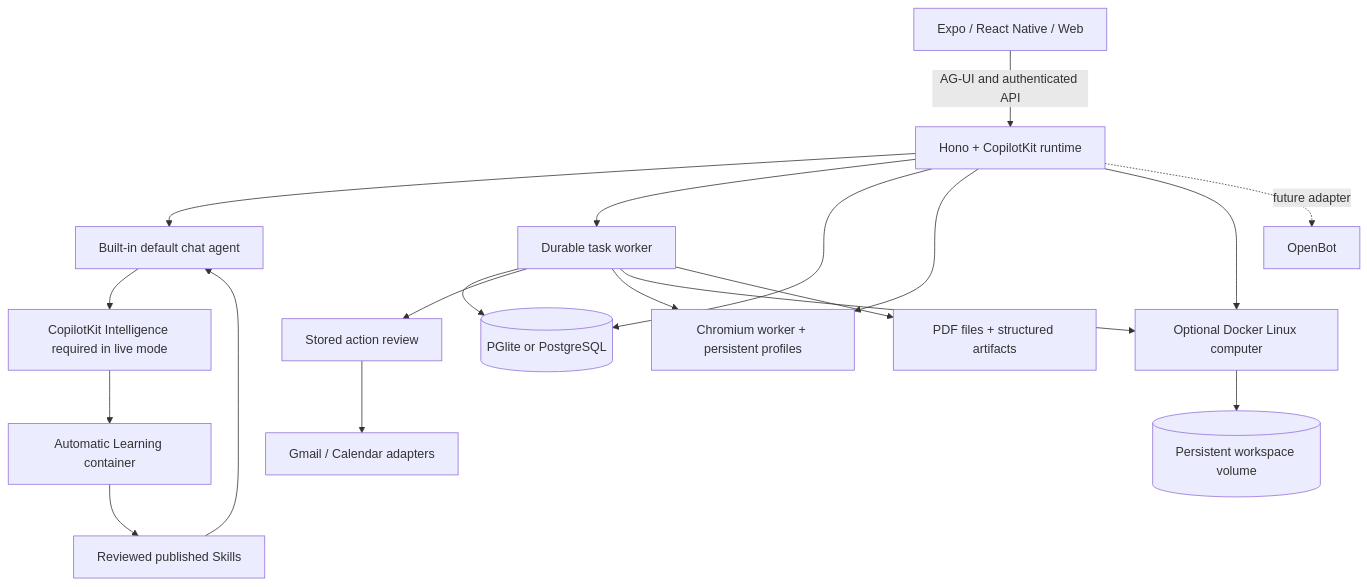
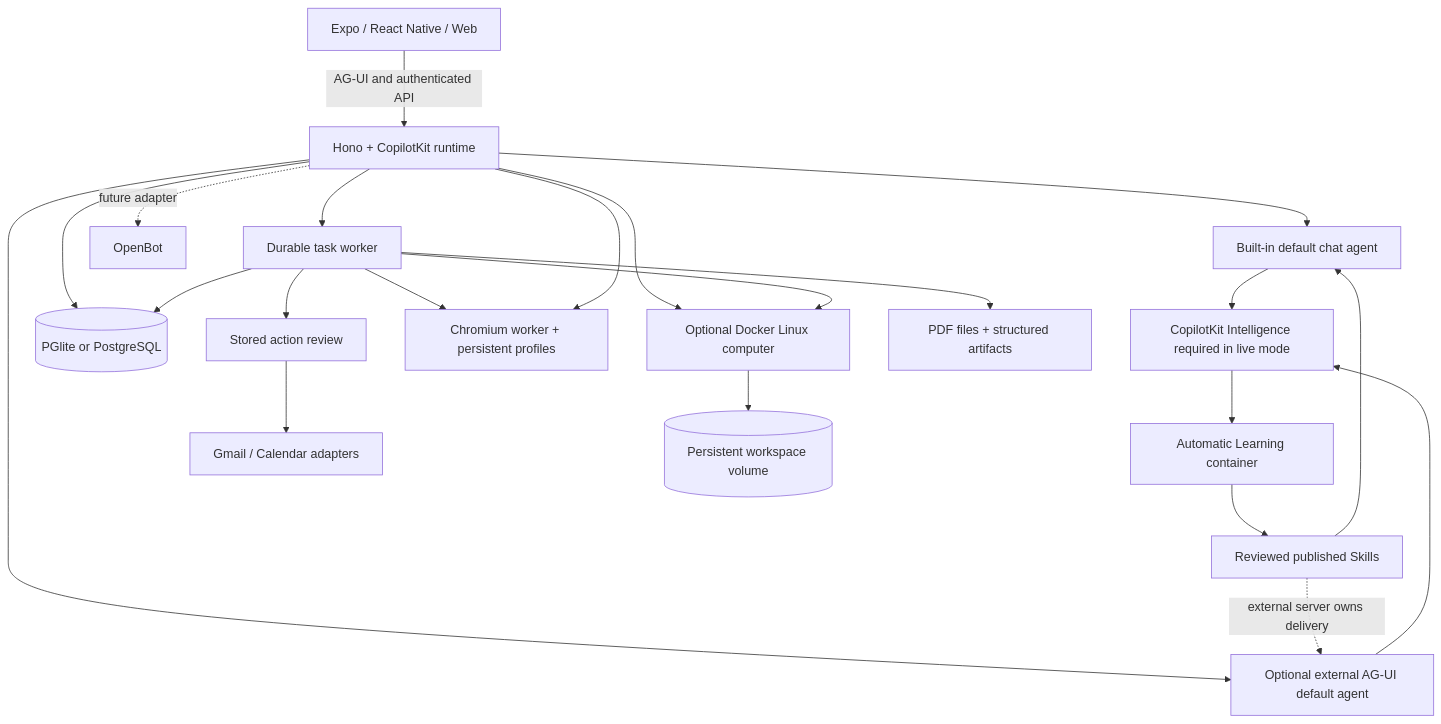
One commit to CopilotKit/openmuse changed the diagram in README.md. Above: the diagram before and after it, drawn with Mermaid. The commit also changed other lines of this file and 4 other files, not shown here.

````diff
--- a/README.md
+++ b/README.md
@@ -147,21 +147,24 @@
 ```mermaid
 flowchart TD
   Client[Expo / React Native / Web] -->|AG-UI and authenticated API| API[Hono + CopilotKit runtime]
   API --> BuiltInChat[Built-in default chat agent]
+  API --> ExternalAgent[Optional external AG-UI default agent]
   API --> Tasks[Durable task worker]
   BuiltInChat --> Threads[CopilotKit Intelligence required in live mode]
+  ExternalAgent --> Threads
   Threads --> Learning[Automatic Learning container]
   Learning --> Skills[Reviewed published Skills]
   Skills --> BuiltInChat
+  Skills -. external server owns delivery .-> ExternalAgent
   API --> Store[(PGlite or PostgreSQL)]
   Tasks --> Store
   Tasks --> Review[Stored action review]
   Review --> Google[Gmail / Calendar adapters]
   Tasks --> Browser[Chromium worker + persistent profiles]
   API --> Browser
   API --> Computer[Optional Docker Linux computer]
   Tasks --> Computer
   Computer --> Volume[(Persistent workspace volume)]
   Tasks --> Files[PDF files + structured artifacts]
   API -. future adapter .-> OpenBot[OpenBot]
 ```
````
